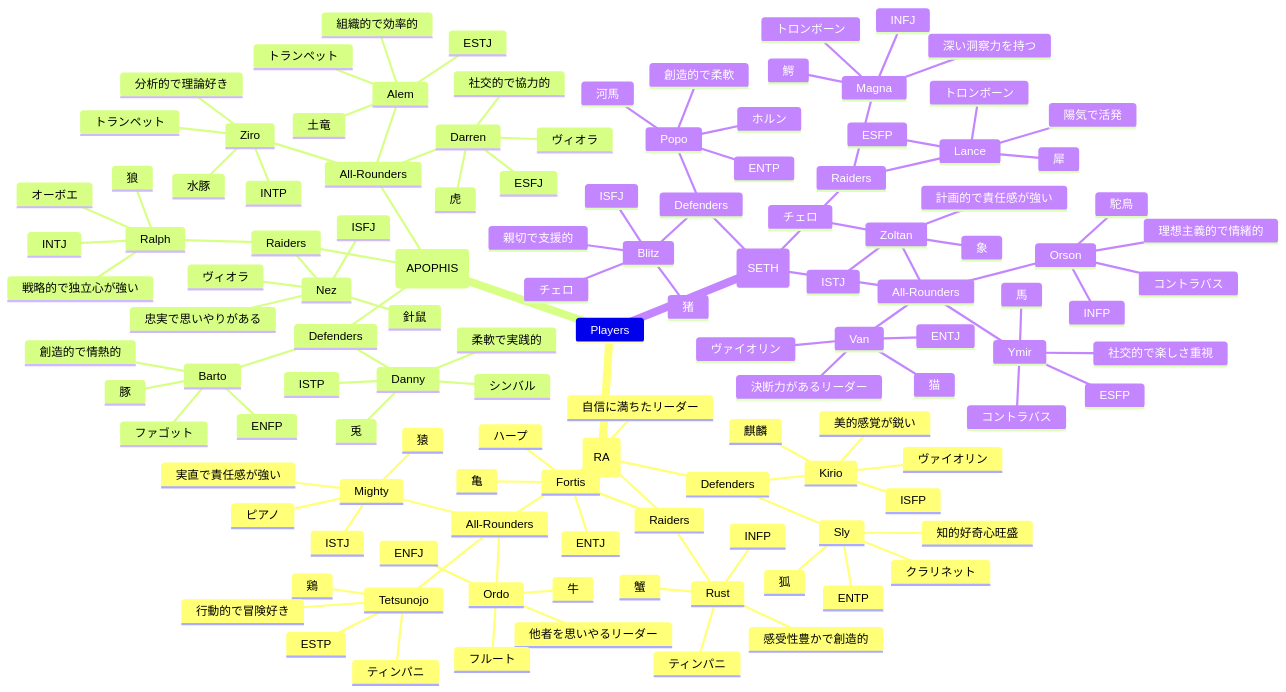
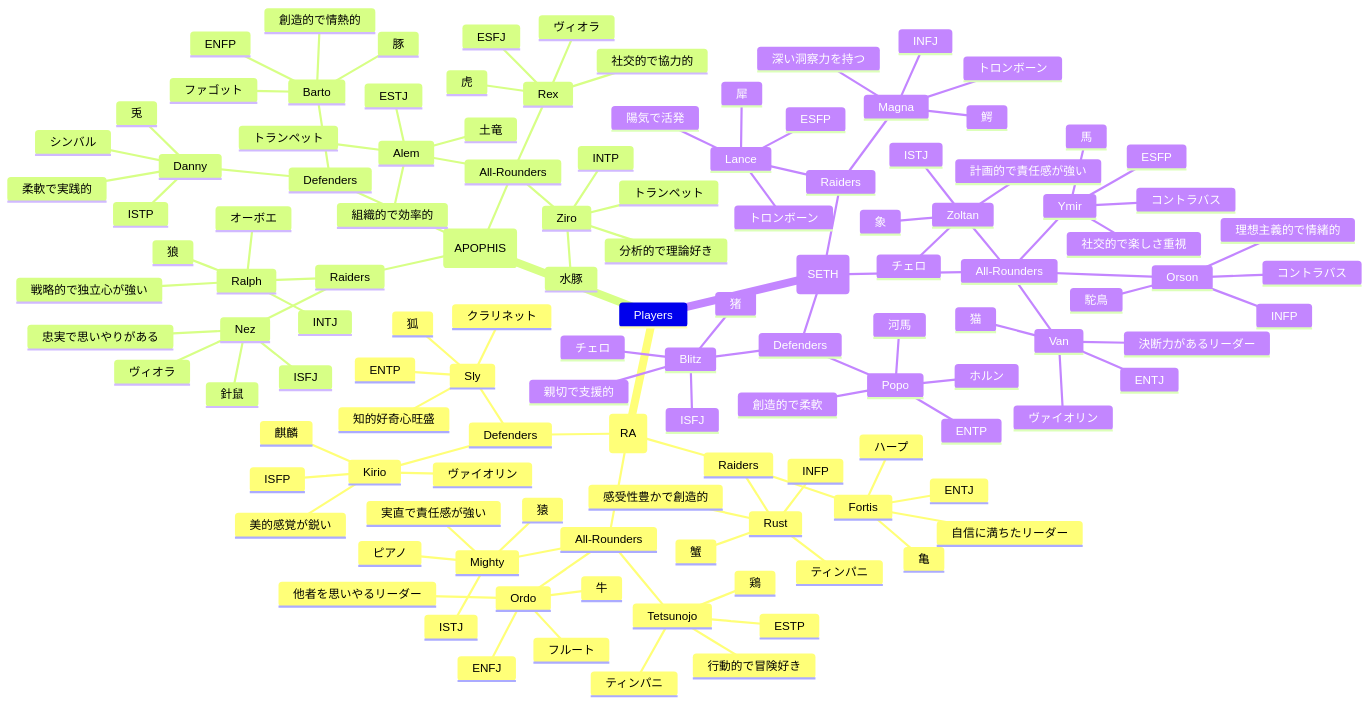
One commit to 4hoe8pow/Ancient changed the second of 2 diagrams in README.md. Above: the diagram before and after it, drawn with Mermaid. The commit also changed other lines of this file, not shown here.

```diff
--- a/README.md
+++ b/README.md
@@ -152,7 +113,7 @@
                     シンバル
                     
             All-Rounders
-                Darren
+                Rex
                     虎
                     ESFJ
                     社交的で協力的
```
